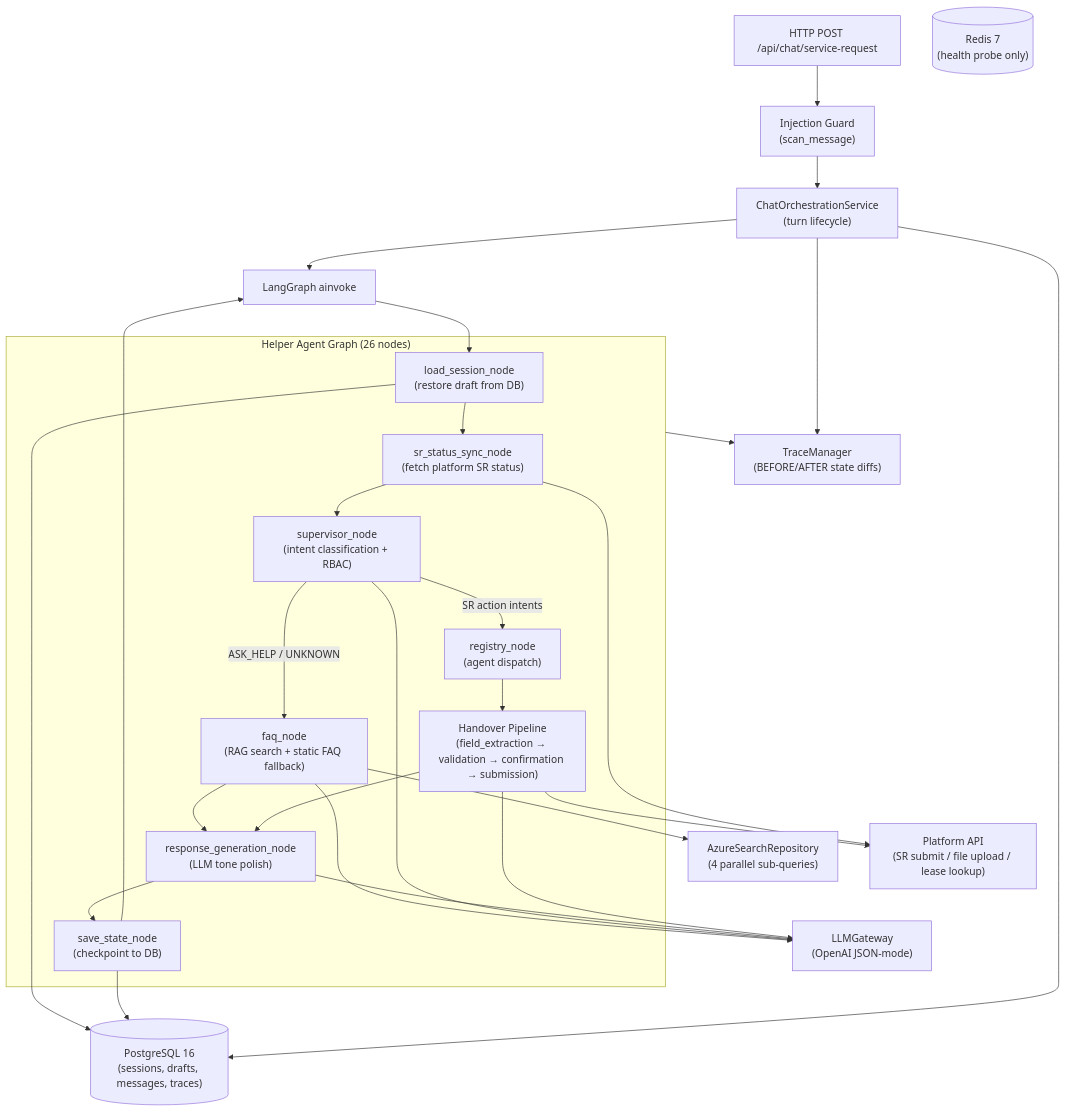
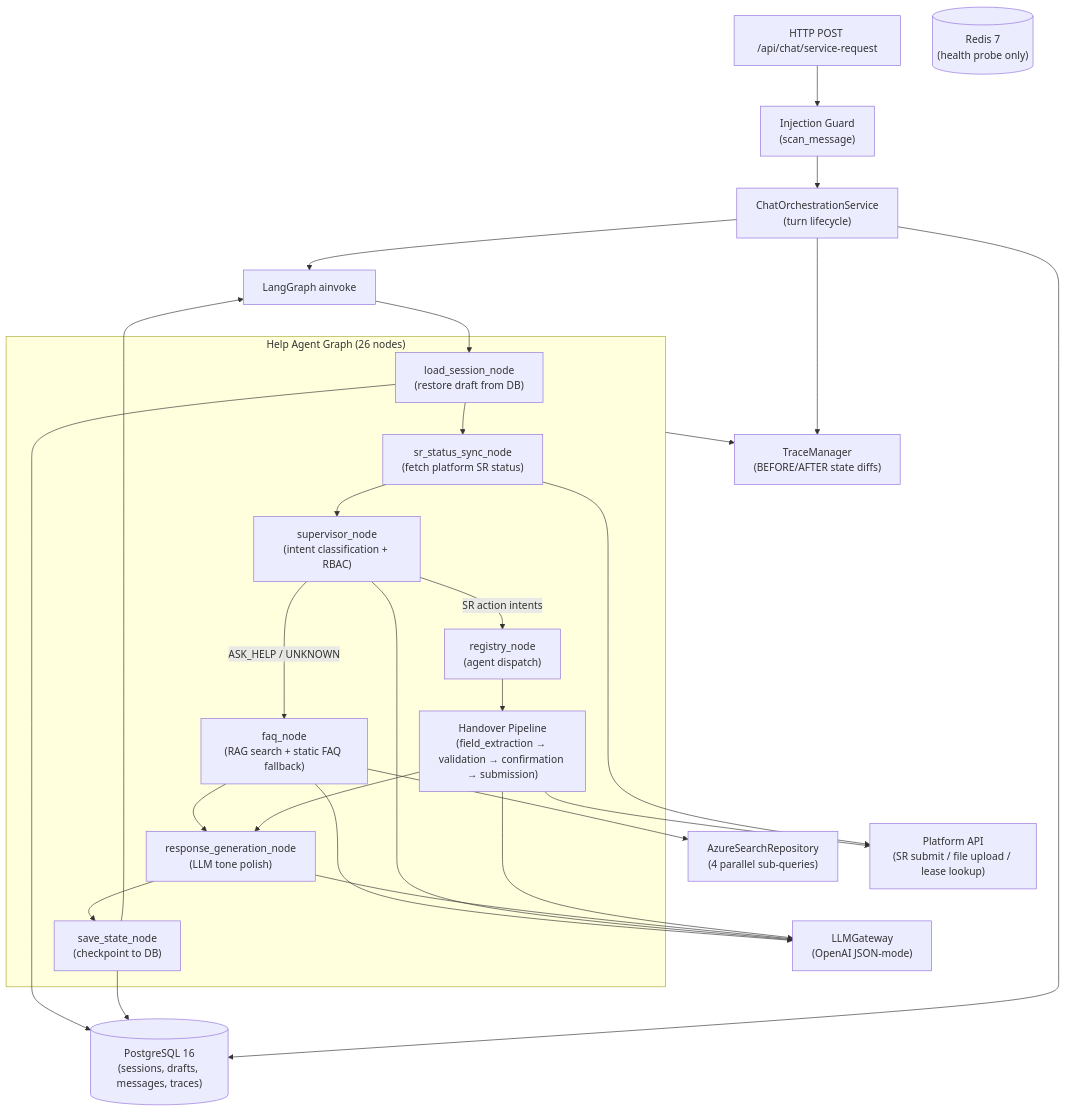
Before and after one commit to swa01wk/Cenomi-RDD-Chatbot: the diagram in service-request-chatbot/docs/production-readiness.md, drawn with Mermaid. The commit also changed other lines of this file and 109 other files, not shown here.

````diff
--- a/service-request-chatbot/docs/production-readiness.md
+++ b/service-request-chatbot/docs/production-readiness.md
@@ -25,46 +25,46 @@
 ```mermaid
 flowchart TD
     HTTP["HTTP POST /api/chat/service-request"]
     GUARD["Injection Guard\n(scan_message)"]
     ORCH["ChatOrchestrationService\n(turn lifecycle)"]
     GRAPH["LangGraph ainvoke"]
 
-    subgraph graphNodes ["Helper Agent Graph (26 nodes)"]
+    subgraph graphNodes ["Help Agent Graph (26 nodes)"]
         LOAD["load_session_node\n(restore draft from DB)"]
         SYNC["sr_status_sync_node\n(fetch platform SR status)"]
         SUP["supervisor_node\n(intent classification + RBAC)"]
         FAQ["faq_node\n(RAG search + static FAQ fallback)"]
         REG["registry_node\n(agent dispatch)"]
         HAND["Handover Pipeline\n(field_extraction → validation → confirmation → submission)"]
         RESP["response_generation_node\n(LLM tone polish)"]
         SAVE["save_state_node\n(checkpoint to DB)"]
     end
 
     LLM["LLMGateway\n(OpenAI JSON-mode)"]
     RAG["AzureSearchRepository\n(4 parallel sub-queries)"]
     PLAT["Platform API\n(SR submit / file upload / lease lookup)"]
     DB[("PostgreSQL 16\n(sessions, drafts, messages, traces)")]
     REDIS[("Redis 7\n(health probe only)")]
     OBS["TraceManager\n(BEFORE/AFTER state diffs)"]
 
     HTTP --> GUARD --> ORCH --> GRAPH
     GRAPH --> LOAD --> SYNC --> SUP
     SUP -->|"ASK_HELP / UNKNOWN"| FAQ
     SUP -->|"SR action intents"| REG --> HAND
     FAQ --> RESP
     HAND --> RESP
     RESP --> SAVE --> GRAPH
 
     FAQ --> RAG
     FAQ --> LLM
     SUP --> LLM
     RESP --> LLM
     HAND --> LLM
     HAND --> PLAT
     SYNC --> PLAT
     LOAD --> DB
     SAVE --> DB
     ORCH --> DB
     ORCH --> OBS
     graphNodes --> OBS
 ```
````
